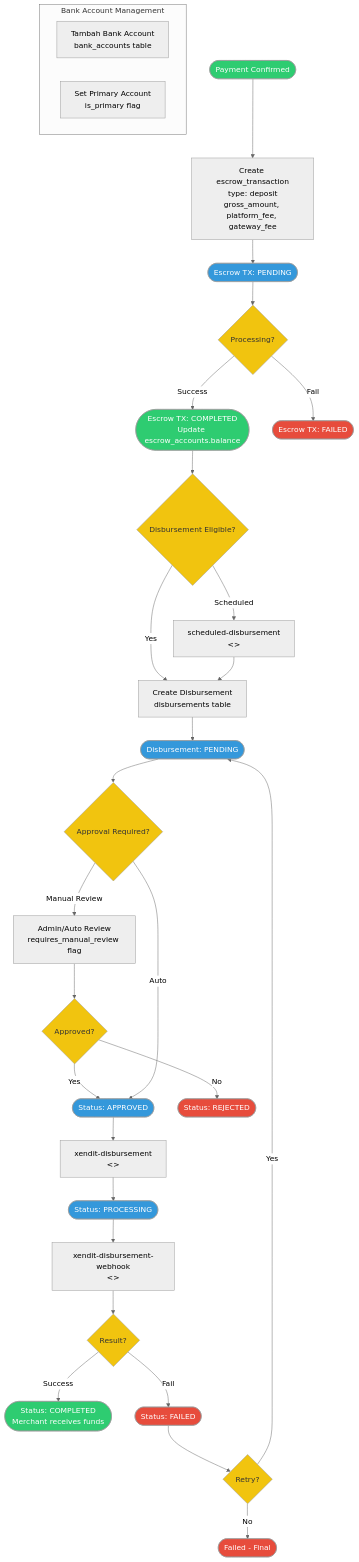
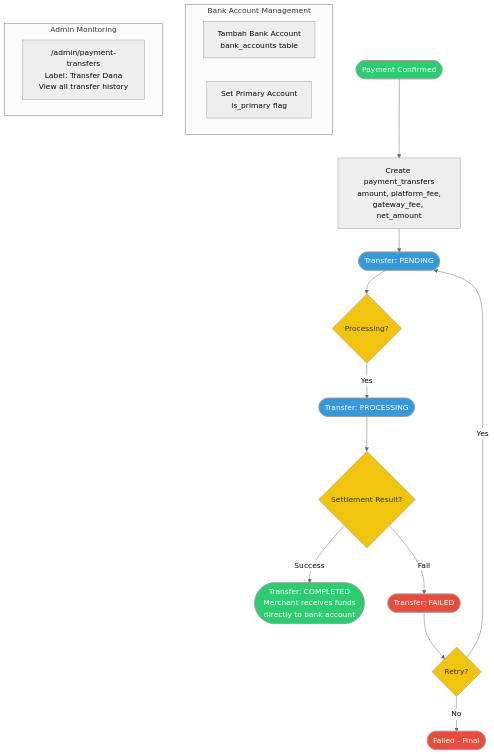
Before and after one commit to itsramaa/Sistem-Hunian: the ninth of 24 diagrams in old-docs/merchant_activity_diagram.md, drawn with Mermaid (neutral theme). The commit also changed other lines of this file and 3 other files, not shown here.

````diff
--- a/old-docs/merchant_activity_diagram.md
+++ b/old-docs/merchant_activity_diagram.md
@@ -713,55 +715,33 @@
 ```mermaid
 flowchart TD
-    START([Payment Confirmed]) --> ESC_TX[Create escrow_transaction<br/>type: deposit<br/>gross_amount, platform_fee, gateway_fee]
-    ESC_TX --> ESC_PENDING([Escrow TX: PENDING])
+    START([Payment Confirmed]) --> CREATE_TX[Create payment_transfers<br/>amount, platform_fee,<br/>gateway_fee, net_amount]
+    CREATE_TX --> TX_PENDING([Transfer: PENDING])
 
-    ESC_PENDING --> PROCESS{Processing?}
-    PROCESS -->|Success| ESC_COMPLETED([Escrow TX: COMPLETED<br/>Update escrow_accounts.balance])
-    PROCESS -->|Fail| ESC_FAILED([Escrow TX: FAILED])
-
-    ESC_COMPLETED --> DISB_CHECK{Disbursement Eligible?}
-    DISB_CHECK -->|Yes| DISB_CREATE[Create Disbursement<br/>disbursements table]
-    DISB_CHECK -->|Scheduled| SCHEDULED["scheduled-disbursement<br/><<edge function>>"]
-    SCHEDULED --> DISB_CREATE
-
-    DISB_CREATE --> DISB_PENDING([Disbursement: PENDING])
-    DISB_PENDING --> APPROVAL{Approval Required?}
-    APPROVAL -->|Manual Review| REVIEW[Admin/Auto Review<br/>requires_manual_review flag]
-    REVIEW --> REVIEW_OK{Approved?}
-    REVIEW_OK -->|Yes| DISB_APPROVED([Status: APPROVED])
-    REVIEW_OK -->|No| DISB_REJECTED([Status: REJECTED])
-    APPROVAL -->|Auto| DISB_APPROVED
-
-    DISB_APPROVED --> XENDIT_DISB["xendit-disbursement<br/><<edge function>>"]
-    XENDIT_DISB --> DISB_PROCESSING([Status: PROCESSING])
-    DISB_PROCESSING --> XENDIT_WH["xendit-disbursement-webhook<br/><<edge function>>"]
-    XENDIT_WH --> DISB_RESULT{Result?}
-    DISB_RESULT -->|Success| DISB_COMPLETED([Status: COMPLETED<br/>Merchant receives funds])
-    DISB_RESULT -->|Fail| DISB_FAILED([Status: FAILED])
-    DISB_FAILED --> RETRY{Retry?}
-    RETRY -->|Yes| DISB_PENDING
-    RETRY -->|No| DISB_FAILED_FINAL([Failed - Final])
+    TX_PENDING --> PROCESS{Processing?}
+    PROCESS -->|Yes| TX_PROCESSING([Transfer: PROCESSING])
+    TX_PROCESSING --> RESULT{Settlement Result?}
+    RESULT -->|Success| TX_COMPLETED([Transfer: COMPLETED<br/>Merchant receives funds<br/>directly to bank account])
+    RESULT -->|Fail| TX_FAILED([Transfer: FAILED])
+    TX_FAILED --> RETRY{Retry?}
+    RETRY -->|Yes| TX_PENDING
+    RETRY -->|No| TX_FAILED_FINAL([Failed - Final])
 
     subgraph BANK_MGMT [Bank Account Management]
         BANK_ADD[Tambah Bank Account<br/>bank_accounts table]
         BANK_PRIMARY[Set Primary Account<br/>is_primary flag]
     end
 
+    subgraph ADMIN_VIEW [Admin Monitoring]
+        ADMIN_LIST["/admin/payment-transfers<br/>Label: Transfer Dana<br/>View all transfer history"]
+    end
+
     style START fill:#2ecc71,color:#fff
-    style ESC_COMPLETED fill:#2ecc71,color:#fff
-    style DISB_COMPLETED fill:#2ecc71,color:#fff
-    style ESC_PENDING fill:#3498db,color:#fff
-    style DISB_PENDING fill:#3498db,color:#fff
-    style DISB_APPROVED fill:#3498db,color:#fff
-    style DISB_PROCESSING fill:#3498db,color:#fff
-    style ESC_FAILED fill:#e74c3c,color:#fff
-    style DISB_REJECTED fill:#e74c3c,color:#fff
-    style DISB_FAILED fill:#e74c3c,color:#fff
-    style DISB_FAILED_FINAL fill:#e74c3c,color:#fff
+    style TX_COMPLETED fill:#2ecc71,color:#fff
+    style TX_PENDING fill:#3498db,color:#fff
+    style TX_PROCESSING fill:#3498db,color:#fff
+    style TX_FAILED fill:#e74c3c,color:#fff
+    style TX_FAILED_FINAL fill:#e74c3c,color:#fff
     style PROCESS fill:#f1c40f,color:#333
-    style DISB_CHECK fill:#f1c40f,color:#333
-    style APPROVAL fill:#f1c40f,color:#333
-    style REVIEW_OK fill:#f1c40f,color:#333
-    style DISB_RESULT fill:#f1c40f,color:#333
+    style RESULT fill:#f1c40f,color:#333
     style RETRY fill:#f1c40f,color:#333
 ```
````
